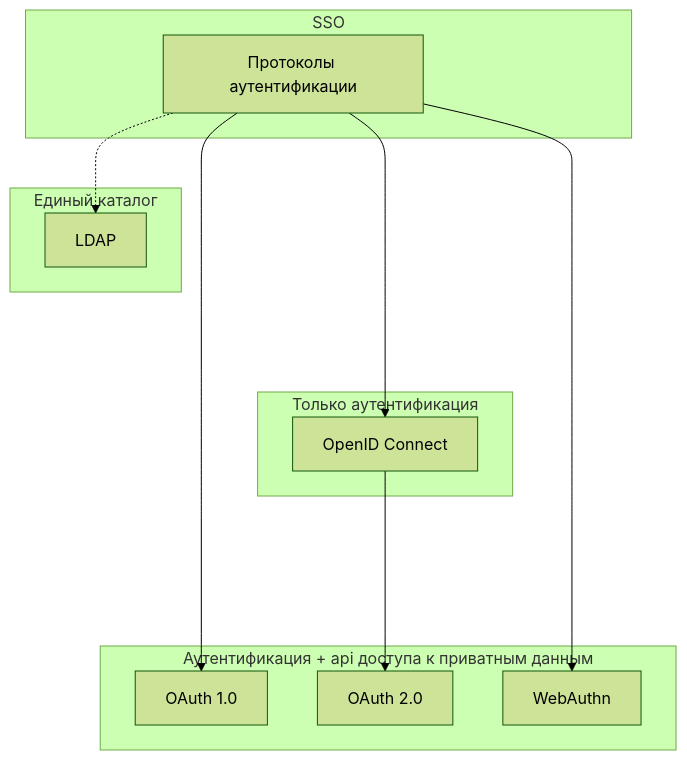
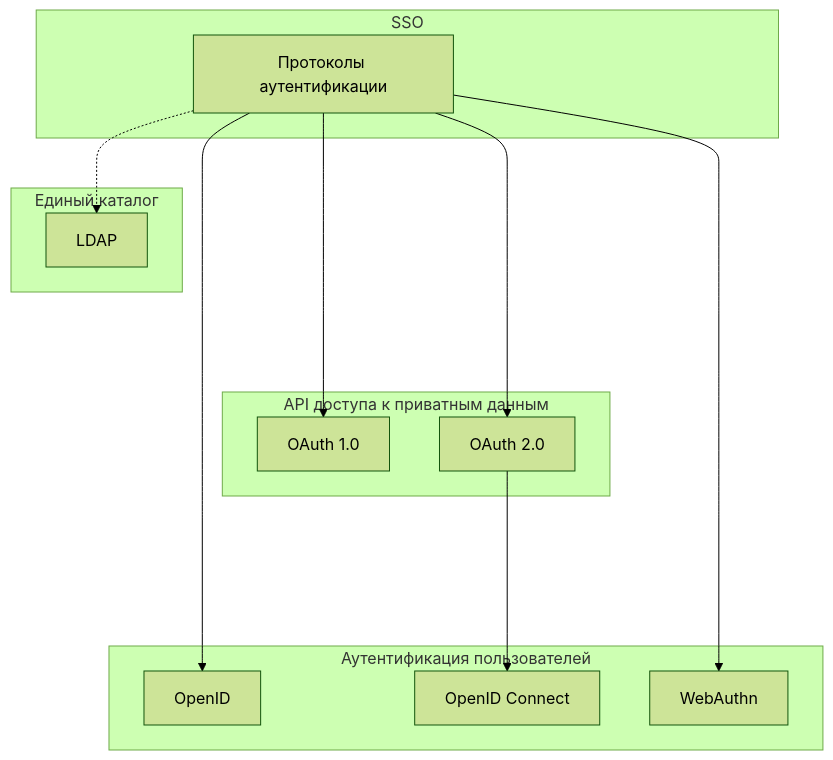
One commit to enkryptor/papers changed the sixth of 6 diagrams in jwt-sso-authorization/README.md. Above: the diagram before and after it, drawn with Mermaid (forest theme). The commit also changed other lines of this file, not shown here.

Commit message:
Часть про OAuth

````diff
--- a/jwt-sso-authorization/README.md
+++ b/jwt-sso-authorization/README.md
@@ -238,20 +199,22 @@
 ```mermaid
 graph
 
 subgraph SSO
 all[Протоколы аутентификации]
 end
-subgraph Только аутентификация
-all ----> openid[OpenID Connect]
+
+subgraph API доступа к приватным данным
+all ----> oauth[OAuth 1.0]
+all ----> oauth2[OAuth 2.0]
 end
 
-subgraph Аутентификация + api доступа к приватным данным
-all ----> oauth[OAuth 1.0]
-openid ----> oauth2[OAuth 2.0]
+subgraph Аутентификация пользователей
+all ----> OpenID
+oauth2 ----> openidconnect[OpenID Connect]
 all ----> WebAuthn
 end
 
 subgraph Единый каталог
 all -.-> ldap[LDAP]
 end
 ```
````
